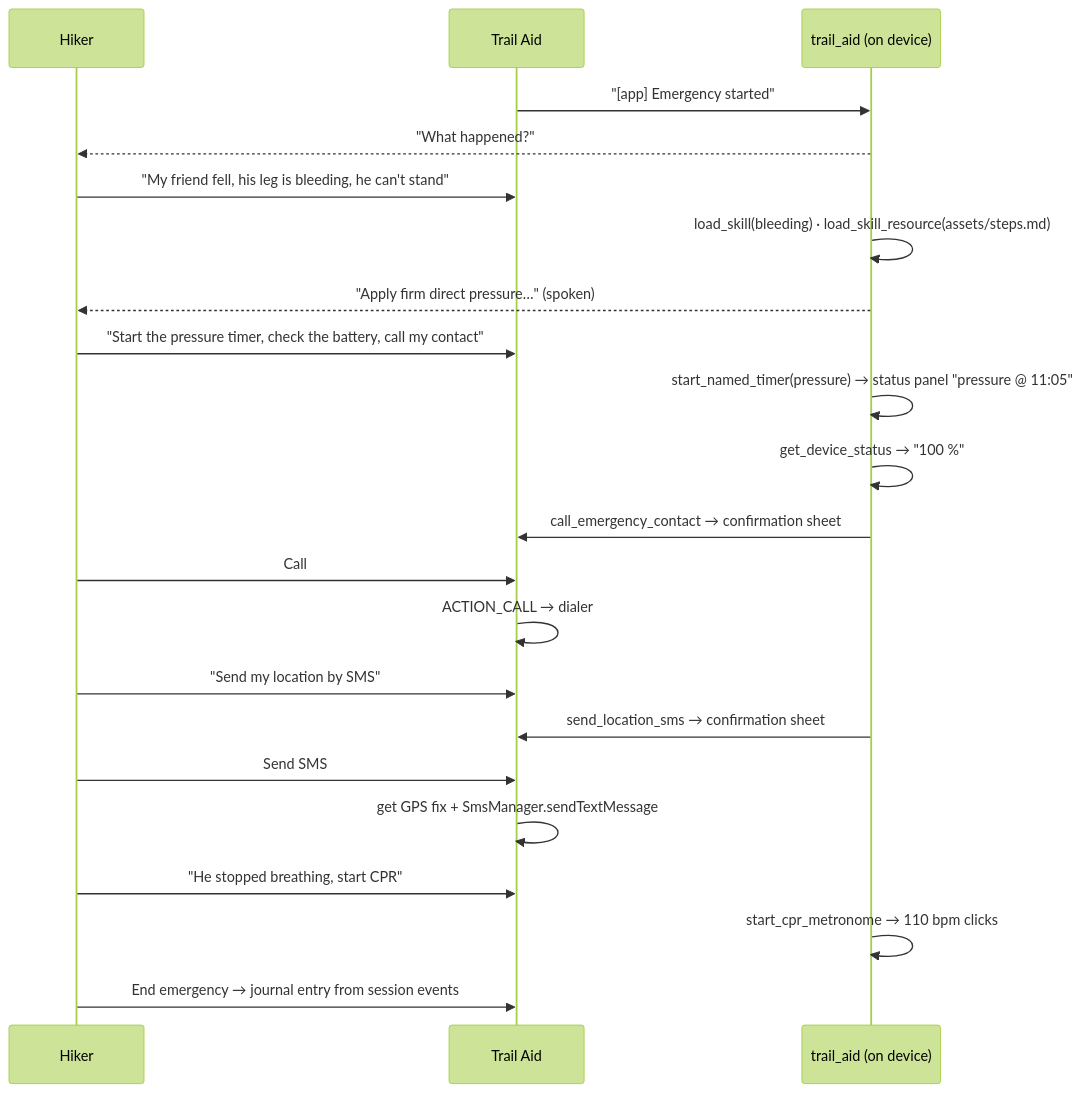
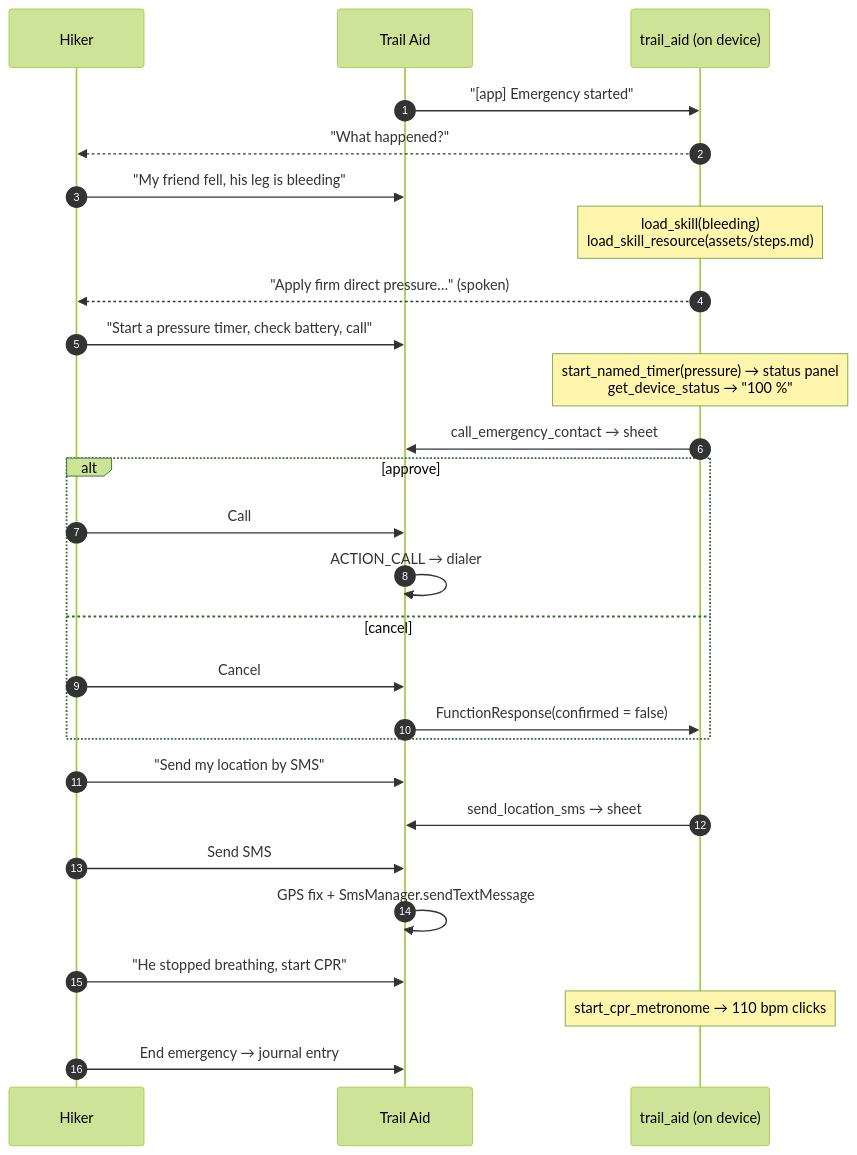
The second of 2 diagrams in README.md (ykro/trail-aid-demo), drawn with Mermaid (forest theme) before and after one commit. The commit also changed other lines of this file, not shown here.

First line of the commit message:
Redesign README Mermaid diagrams for readability on GitHub

````diff
--- a/README.md
+++ b/README.md
@@ -64,24 +79,29 @@
 ```mermaid
 sequenceDiagram
+  autonumber
   participant H as Hiker
   participant App as Trail Aid
   participant A as trail_aid (on device)
   App->>A: "[app] Emergency started"
   A-->>H: "What happened?"
-  H->>App: "My friend fell, his leg is bleeding, he can't stand"
-  A->>A: load_skill(bleeding) · load_skill_resource(assets/steps.md)
+  H->>App: "My friend fell, his leg is bleeding"
+  Note over A: load_skill(bleeding)<br/>load_skill_resource(assets/steps.md)
   A-->>H: "Apply firm direct pressure…" (spoken)
-  H->>App: "Start the pressure timer, check the battery, call my contact"
-  A->>A: start_named_timer(pressure) → status panel "pressure @ 11:05"
-  A->>A: get_device_status → "100 %"
-  A->>App: call_emergency_contact → confirmation sheet
-  H->>App: Call
-  App->>App: ACTION_CALL → dialer
+  H->>App: "Start a pressure timer, check battery, call"
+  Note over A: start_named_timer(pressure) → status panel<br/>get_device_status → "100 %"
+  A->>App: call_emergency_contact → sheet
+  alt approve
+    H->>App: Call
+    App->>App: ACTION_CALL → dialer
+  else cancel
+    H->>App: Cancel
+    App->>A: FunctionResponse(confirmed = false)
+  end
   H->>App: "Send my location by SMS"
-  A->>App: send_location_sms → confirmation sheet
+  A->>App: send_location_sms → sheet
   H->>App: Send SMS
-  App->>App: get GPS fix + SmsManager.sendTextMessage
+  App->>App: GPS fix + SmsManager.sendTextMessage
   H->>App: "He stopped breathing, start CPR"
-  A->>A: start_cpr_metronome → 110 bpm clicks
-  H->>App: End emergency → journal entry from session events
+  Note over A: start_cpr_metronome → 110 bpm clicks
+  H->>App: End emergency → journal entry
 ```
````
